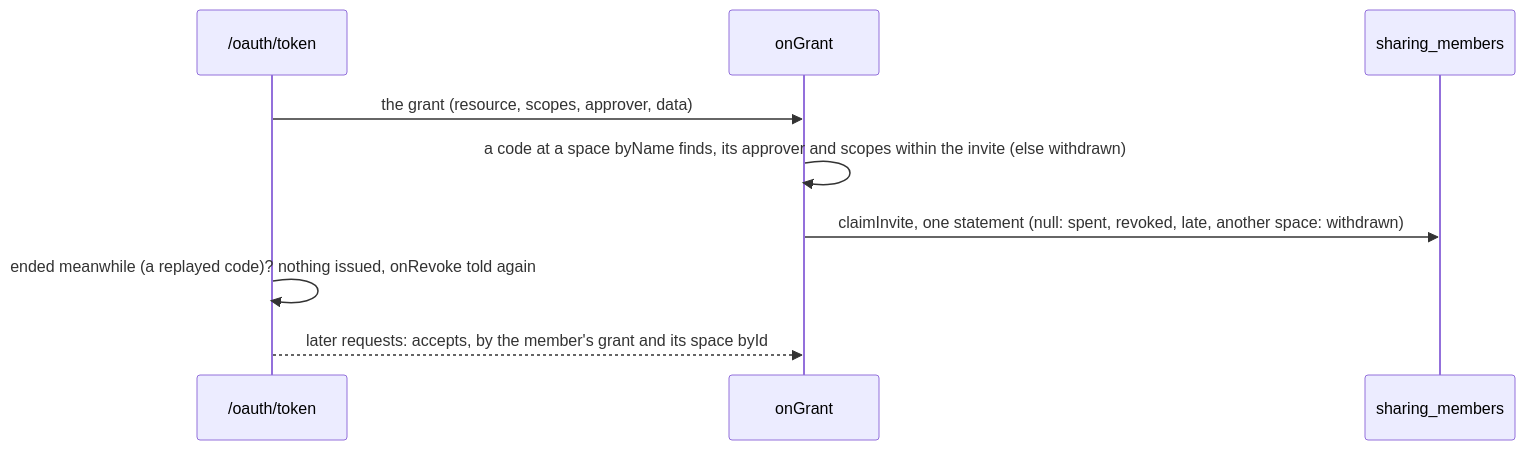
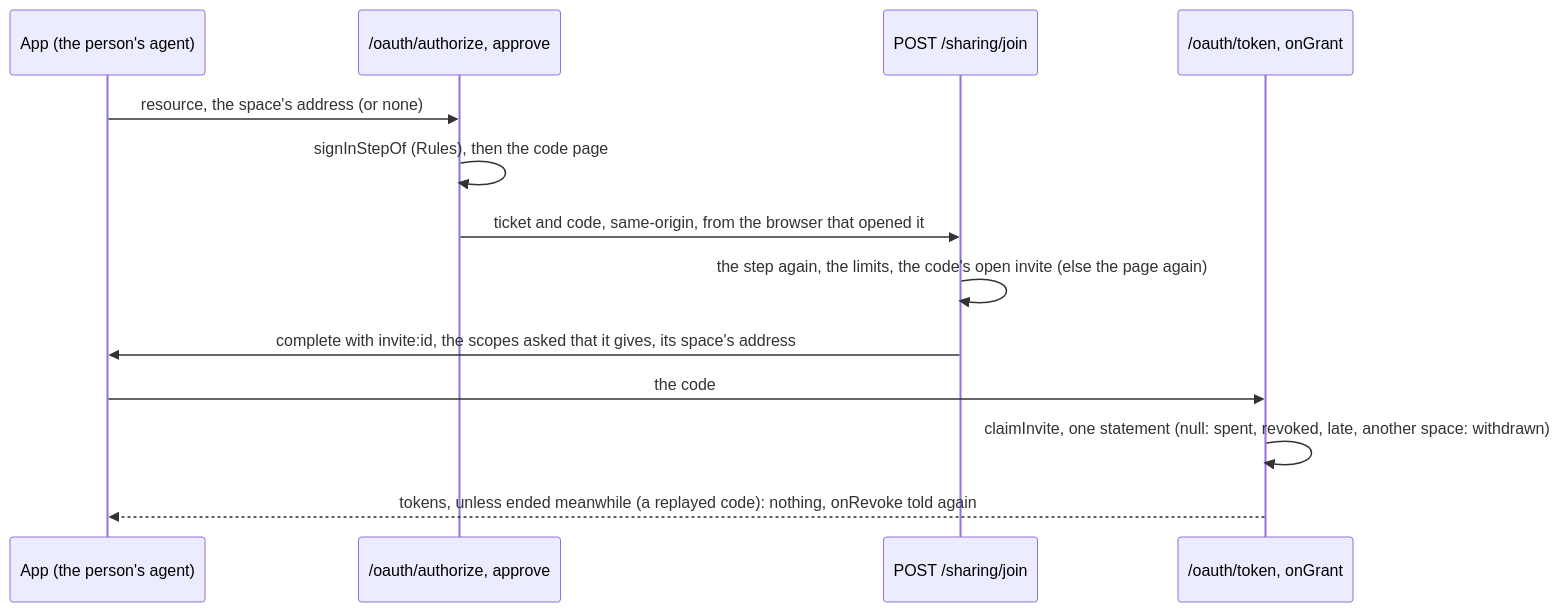
The second of 5 diagrams in src/sharing/README.md (escalay/api-kit), drawn with Mermaid before and after one commit. The commit also changed other lines of this file and 11 other files, not shown here.

First line of the commit message:
feat(sharing): sign in with an invite's code

````diff
--- a/src/sharing/README.md
+++ b/src/sharing/README.md
@@ -140,11 +129,15 @@
 ```mermaid
 sequenceDiagram
-  participant K as /oauth/token
-  participant G as onGrant
-  participant D as sharing_members
-  K->>G: the grant (resource, scopes, approver, data)
-  G->>G: a code at a space byName finds, its approver and scopes within the invite (else withdrawn)
-  G->>D: claimInvite, one statement (null: spent, revoked, late, another space: withdrawn)
-  K->>K: ended meanwhile (a replayed code)? nothing issued, onRevoke told again
-  K-->>G: later requests: accepts, by the member's grant and its space byId
+  participant A as App (the person's agent)
+  participant P as /oauth/authorize, approve
+  participant J as POST /sharing/join
+  participant G as /oauth/token, onGrant
+  A->>P: resource, the space's address (or none)
+  P->>P: signInStepOf (Rules), then the code page
+  P->>J: ticket and code, same-origin, from the browser that opened it
+  J->>J: the step again, the limits, the code's open invite (else the page again)
+  J->>A: complete with invite:id, the scopes asked that it gives, its space's address
+  A->>G: the code
+  G->>G: claimInvite, one statement (null: spent, revoked, late, another space: withdrawn)
+  G-->>A: tokens, unless ended meanwhile (a replayed code): nothing, onRevoke told again
 ```
````
